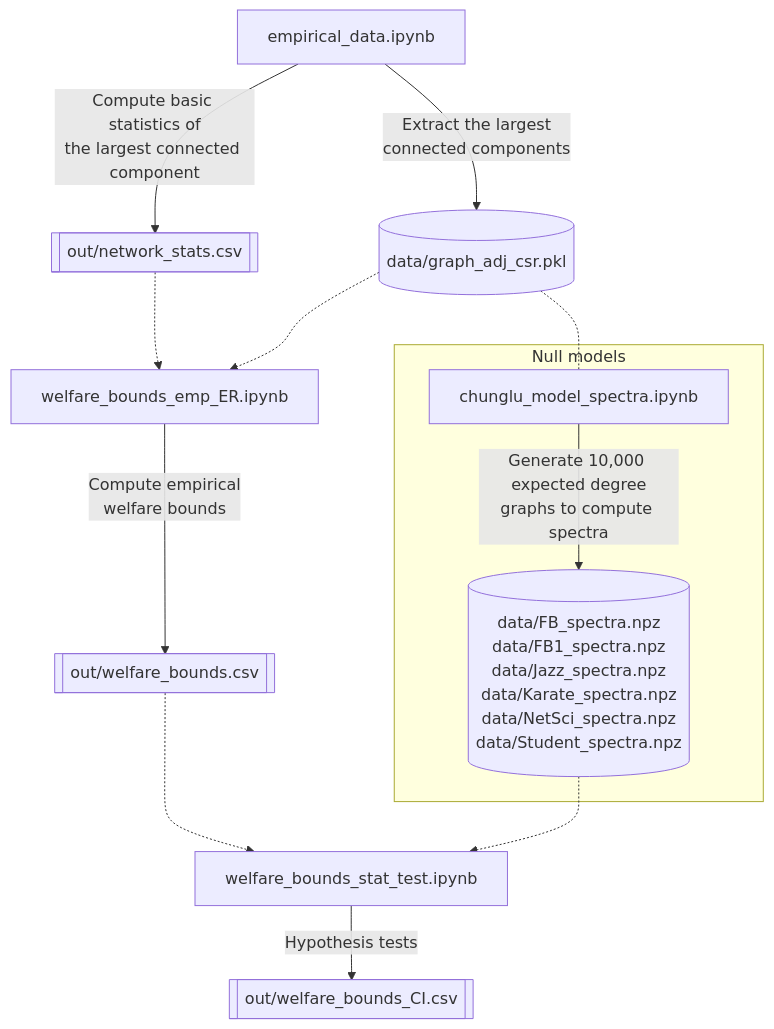
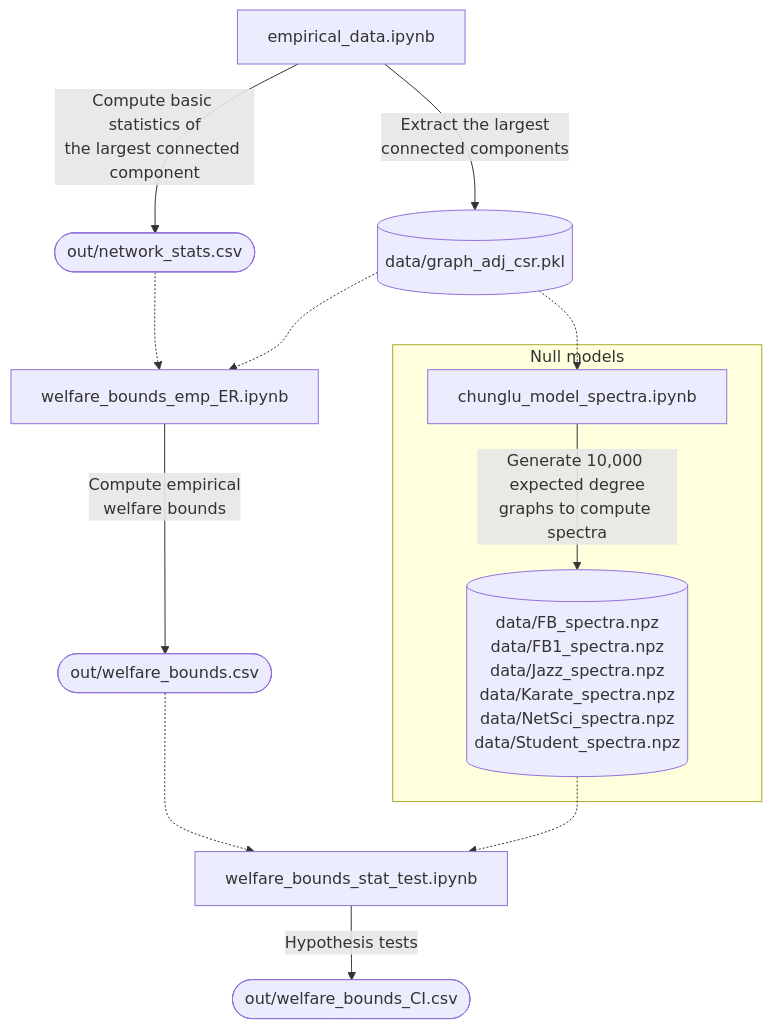
One commit to Nagayu71/lqng-welfare-bounds changed the diagram in README.md. Above: the diagram before and after it, drawn with Mermaid. The commit also changed other lines of this file, not shown here.

Commit message:
put a link to file

````diff
--- a/README.md
+++ b/README.md
@@ -35,24 +34,24 @@
 ```mermaid
 flowchart TD
   node_1["empirical_data.ipynb"]
   node_2[("data/graph_adj_csr.pkl")]
   subgraph Null models
   node_3["chunglu_model_spectra.ipynb"]
   node_4[("data/FB_spectra.npz<br>data/FB1_spectra.npz<br>data/Jazz_spectra.npz<br>data/Karate_spectra.npz<br>data/NetSci_spectra.npz<br>data/Student_spectra.npz")]
   end
   node_5["welfare_bounds_emp_ER.ipynb"]
-  node_6[["out/network_stats.csv"]]
-  node_7[["out/welfare_bounds.csv"]]
+  node_6(["out/network_stats.csv"])
+  node_7(["out/welfare_bounds.csv"])
   node_8["welfare_bounds_stat_test.ipynb"]
-  node_9[["out/welfare_bounds_CI.csv"]]
+  node_9(["out/welfare_bounds_CI.csv"])
   node_3 --"Generate 10,000 expected degree<br>graphs to compute spectra"--> node_4
   node_2 -.-> node_5
   node_1 --"Compute basic statistics of<br>the largest connected component"--> node_6
   node_5 --"Compute empirical<br>welfare bounds"--> node_7
   node_6 -.-> node_5
   node_7 -.-> node_8
   node_4 -.-> node_8
   node_8 --"Hypothesis tests"--> node_9
   node_1 --"Extract the largest<br>connected components"--> node_2
-  node_2 -.- node_3
+  node_2 -.-> node_3
 ```
````
